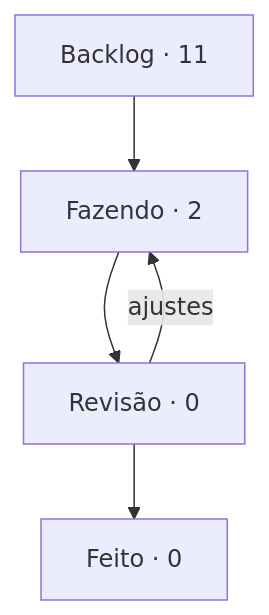
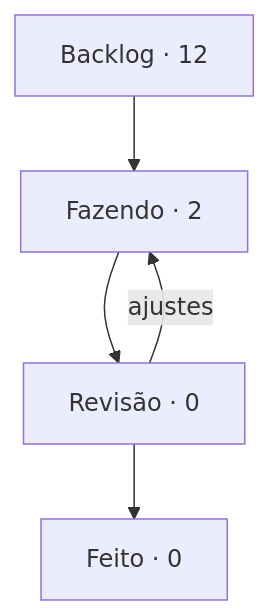
Before and after one commit to StudioVibi/VibiKanban: the diagram in boards/dungeon-bend/BOARD.md, drawn with Mermaid. The commit also changed other lines of this file and 2 other files, not shown here.

````diff
--- a/boards/dungeon-bend/BOARD.md
+++ b/boards/dungeon-bend/BOARD.md
@@ -5,10 +5,10 @@
 ```mermaid
 flowchart TD
-  backlog["Backlog · 11"] --> doing["Fazendo · 2"]
+  backlog["Backlog · 12"] --> doing["Fazendo · 2"]
   doing --> review["Revisão · 0"]
   review --> done["Feito · 0"]
   review -->|ajustes| doing
   doing:::blue
   review:::yellow
   done:::green
 ```
````
